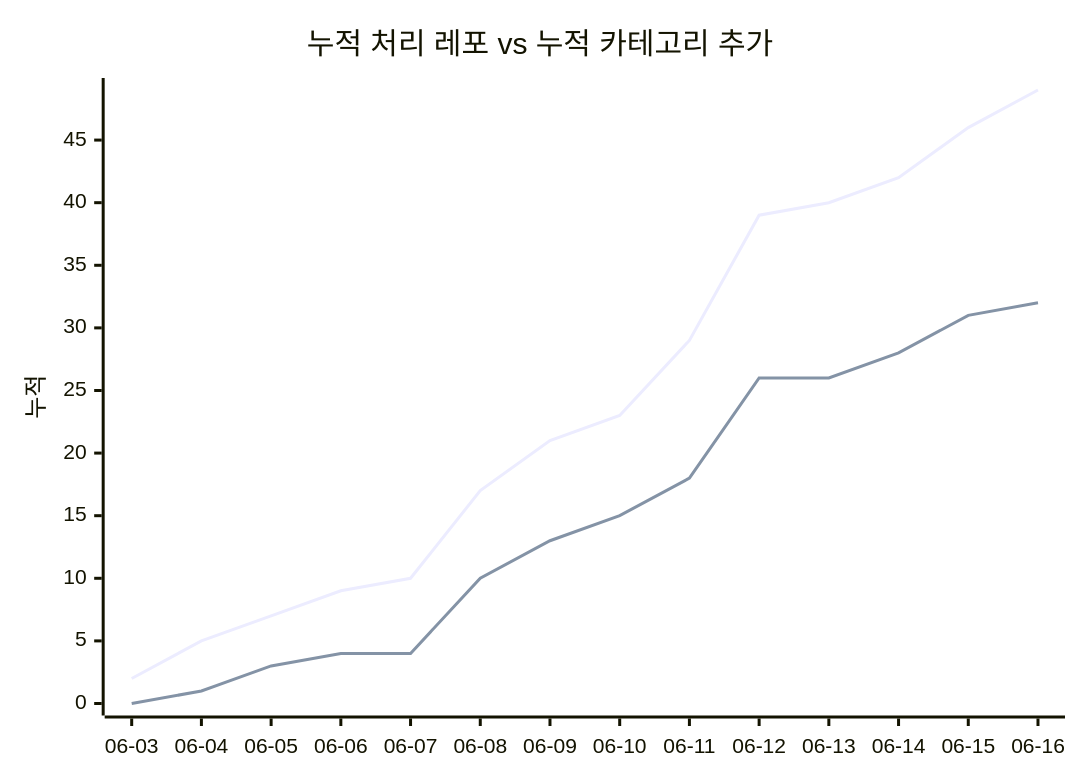
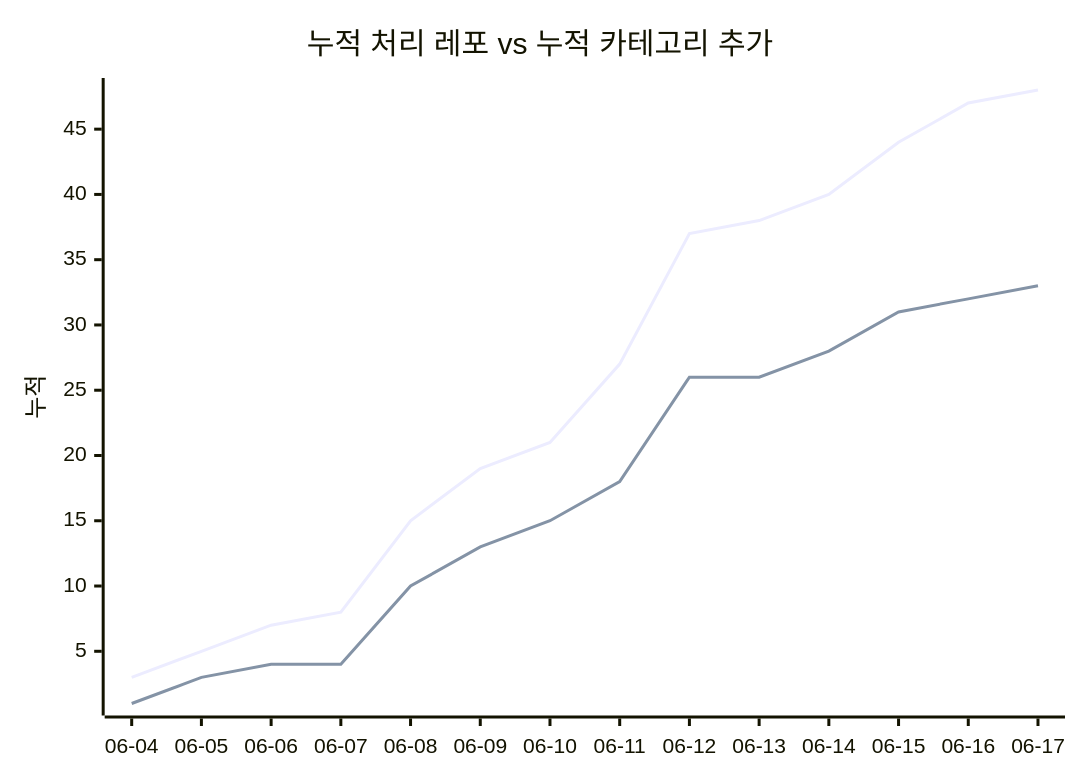
One commit to J-nowcow/awesome-korean-agent-skills changed the second of 2 diagrams in docs/trends.md. Above: the diagram before and after it, drawn with Mermaid. The commit also changed other lines of this file and 4 other files, not shown here.

````diff
--- a/docs/trends.md
+++ b/docs/trends.md
@@ -68,8 +68,8 @@
 ```mermaid
 xychart-beta
     title "누적 처리 레포 vs 누적 카테고리 추가"
-    x-axis ["06-03","06-04","06-05","06-06","06-07","06-08","06-09","06-10","06-11","06-12","06-13","06-14","06-15","06-16"]
+    x-axis ["06-04","06-05","06-06","06-07","06-08","06-09","06-10","06-11","06-12","06-13","06-14","06-15","06-16","06-17"]
     y-axis "누적"
-    line [2,5,7,9,10,17,21,23,29,39,40,42,46,49]
-    line [0,1,3,4,4,10,13,15,18,26,26,28,31,32]
+    line [3,5,7,8,15,19,21,27,37,38,40,44,47,48]
+    line [1,3,4,4,10,13,15,18,26,26,28,31,32,33]
 ```
````
